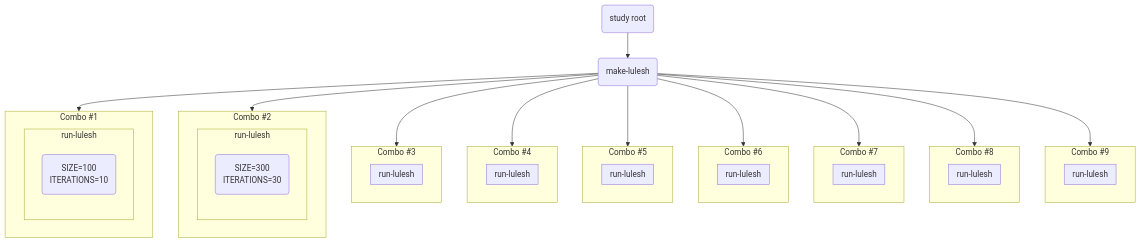
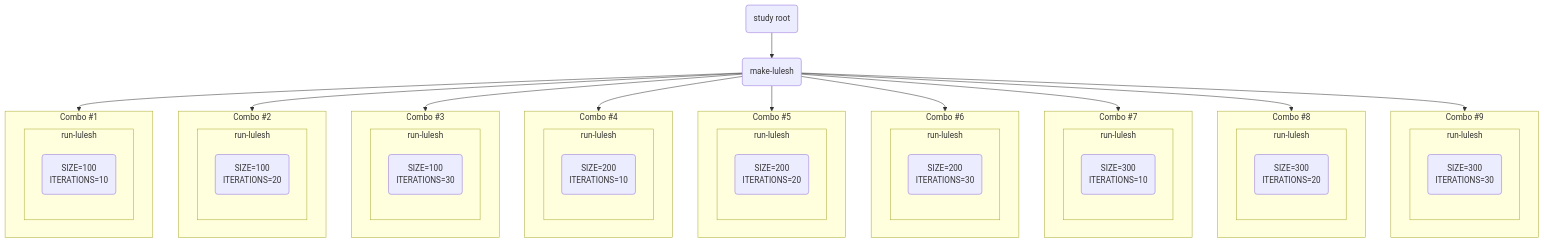
Before and after one commit to LLNL/maestrowf: the second of 2 diagrams in docs/Maestro/how_to_guides/running_with_flux.md, drawn with Mermaid.

Commit message:
Fix duplicate nodes in lulesh topology

````diff
--- a/docs/Maestro/how_to_guides/running_with_flux.md
+++ b/docs/Maestro/how_to_guides/running_with_flux.md
@@ -277,58 +277,58 @@
     ``` mermaid
     flowchart TD;
         A(study root) --> B(make-lulesh);
         B-->COMBO1;
         subgraph COMBO1 [Combo #1]
           subgraph run_lulesh1 [run-lulesh]
             C(SIZE=100\nITERATIONS=10)
           end
         end
         B --> COMBO2
         subgraph COMBO2 [Combo #2]
           subgraph run_lulesh2 [run-lulesh]
             D(SIZE=100\nITERATIONS=20)
           end
         end
         B --> COMBO3
         subgraph COMBO3 [Combo #3]
           subgraph run_lulesh3 [run-lulesh]
-            D(SIZE=100\nITERATIONS=30)
+            E(SIZE=100\nITERATIONS=30)
           end
         end
         B --> COMBO4
         subgraph COMBO4 [Combo #4]
           subgraph run_lulesh4 [run-lulesh]
-            D(SIZE=200\nITERATIONS=10)
+            F(SIZE=200\nITERATIONS=10)
           end
         end
         B --> COMBO5
         subgraph COMBO5 [Combo #5]
           subgraph run_lulesh5 [run-lulesh]
-            D(SIZE=200\nITERATIONS=20)
+            G(SIZE=200\nITERATIONS=20)
           end
         end
         B --> COMBO6
         subgraph COMBO6 [Combo #6]
           subgraph run_lulesh6 [run-lulesh]
-            D(SIZE=200\nITERATIONS=30)
+            H(SIZE=200\nITERATIONS=30)
           end
         end
         B --> COMBO7
         subgraph COMBO7 [Combo #7]
           subgraph run_lulesh7 [run-lulesh]
-            D(SIZE=300\nITERATIONS=10)
+            I(SIZE=300\nITERATIONS=10)
           end
         end
         B --> COMBO8
         subgraph COMBO8 [Combo #8]
           subgraph run_lulesh8 [run-lulesh]
-            D(SIZE=300\nITERATIONS=20)
+            J(SIZE=300\nITERATIONS=20)
           end
         end
         B --> COMBO9
         subgraph COMBO9 [Combo #9]
           subgraph run_lulesh9 [run-lulesh]
-            D(SIZE=300\nITERATIONS=30)
+            K(SIZE=300\nITERATIONS=30)
           end
         end
     ```
````
